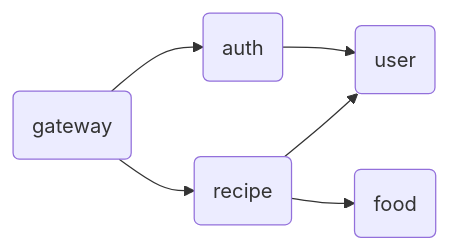
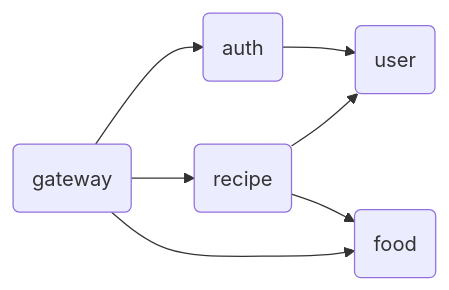
One commit to moromin/PFC-balancer changed the diagram in README.md. Above: the diagram before and after it, drawn with Mermaid. The commit also changed other lines of this file, not shown here.

Commit message:
docs: fix services diagram and add port information

````diff
--- a/README.md
+++ b/README.md
@@ -3,8 +3,9 @@
 ```mermaid
 graph LR;
     A(gateway) --> B(auth)
-    A(gateway) --> C(recipe)
+    A --> C(recipe)
+    A --> E(food)
     B --> D(user)
     C --> D
-    C --> E(food)
+    C --> E
 ```
````
